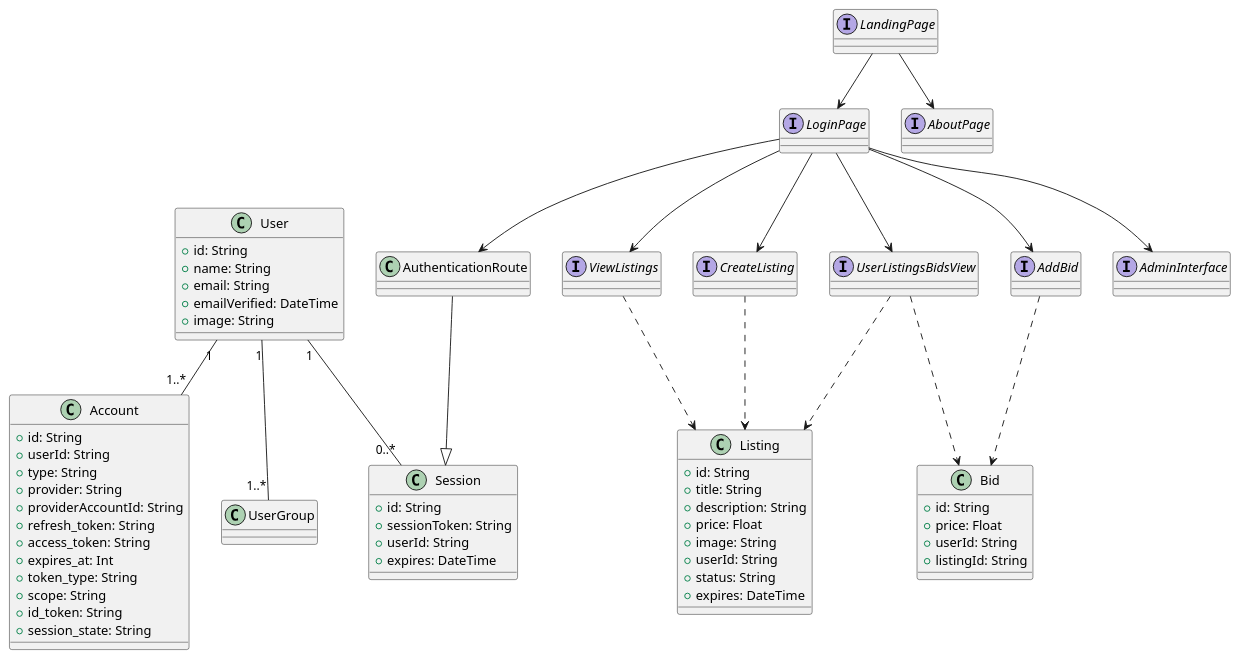
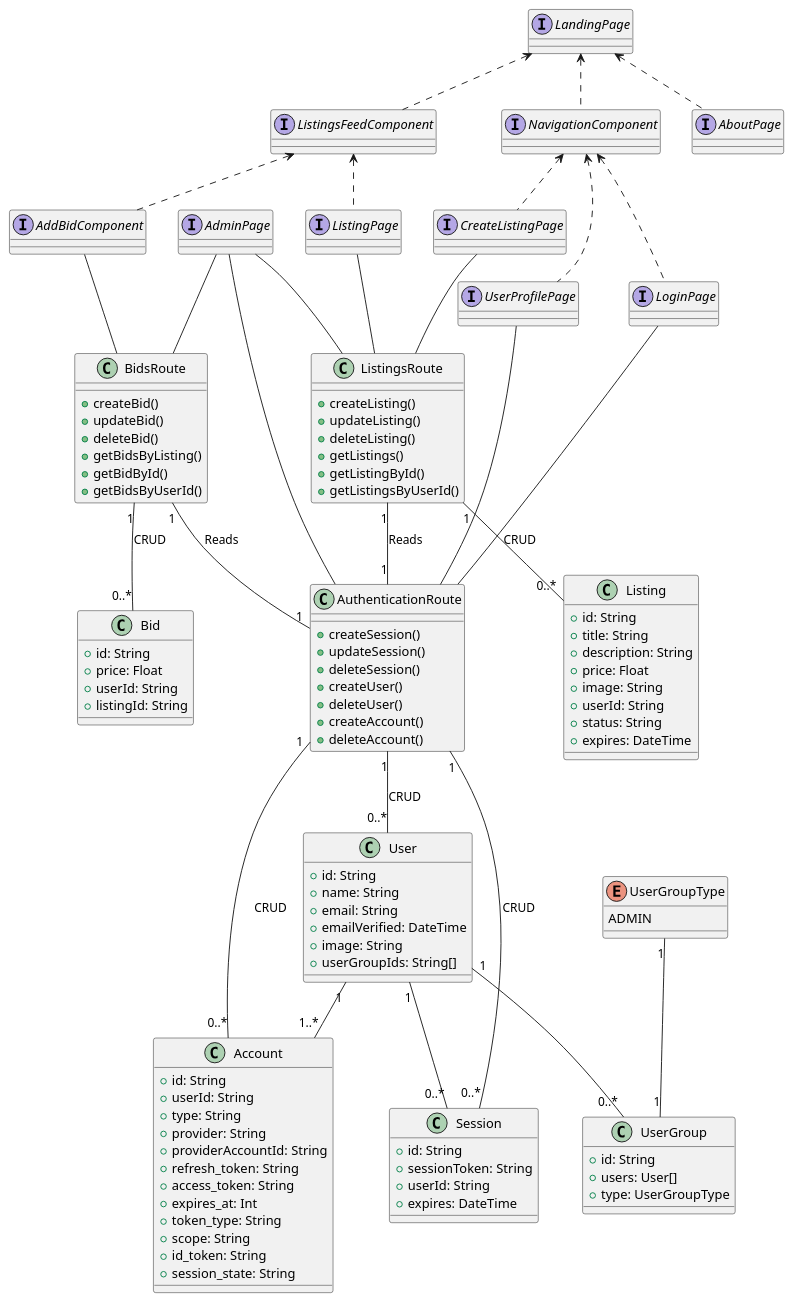
One commit to martinmiglio/CS471-Project changed the diagram in uml/class_diagram.puml. Above: the diagram before and after it, drawn with PlantUML.

Commit message:
add routes and update interfaces

```diff
--- a/uml/class_diagram.puml
+++ b/uml/class_diagram.puml
@@ -1,86 +1,148 @@
 @startuml ClassDiagram
 
 class Account {
   +id: String
   +userId: String
   +type: String
   +provider: String
   +providerAccountId: String
   +refresh_token: String
   +access_token: String
   +expires_at: Int
   +token_type: String
   +scope: String
   +id_token: String
   +session_state: String
 }
 
 class Session {
   +id: String
   +sessionToken: String
   +userId: String
   +expires: DateTime
 }
 
 class User {
   +id: String
   +name: String
   +email: String
   +emailVerified: DateTime
   +image: String
+  +userGroupIds: String[]
 }
 
 class Listing {
   +id: String
   +title: String
   +description: String
   +price: Float
   +image: String
   +userId: String
   +status: String
   +expires: DateTime
 }
 
 class Bid {
   +id: String
   +price: Float
   +userId: String
   +listingId: String
 }
+enum UserGroupType {
+  ADMIN
+}
+
+class UserGroup {
+  +id: String
+  +users: User[]
+  +type: UserGroupType
+}
+
+' associations between entities
+UserGroupType "1" -- "1" UserGroup
+User "1" -- "0..*" Session
+User "1" -- "1..*" Account
+User "1" -- "0..*" UserGroup
+
+
+
+class ListingsRoute {
+  +createListing()
+  +updateListing()
+  +deleteListing()
+  +getListings()
+  +getListingById()
+  +getListingsByUserId()
+}
+
+class AuthenticationRoute {
+  +createSession()
+  +updateSession()
+  +deleteSession()
+  +createUser()
+  +deleteUser()
+  +createAccount()
+  +deleteAccount()
+}
+
+class BidsRoute {
+  +createBid()
+  +updateBid()
+  +deleteBid()
+  +getBidsByListing()
+  +getBidById()
+  +getBidsByUserId()
+}
+
+' associations between routes and entities
+AuthenticationRoute "1" -- "0..*" Session : CRUD
+AuthenticationRoute "1" -- "0..*" User : CRUD
+AuthenticationRoute "1" -- "0..*" Account : CRUD
+
+ListingsRoute "1" -- "0..*" Listing : CRUD
+ListingsRoute "1" -- "1" AuthenticationRoute : Reads
+
+BidsRoute "1" -- "0..*" Bid : CRUD
+BidsRoute "1" -- "1" AuthenticationRoute : Reads
+
 
 interface LandingPage
 interface AboutPage
 interface LoginPage
-interface ViewListings
-interface AddBid
-interface CreateListing
-interface UserListingsBidsView
-interface AdminInterface
-
-' one to many association between user and sessions
-User "1" -- "0..*" Session
-User "1" -- "1..*" Account
-User "1" -- "1..*" UserGroup
+interface ListingPage
+interface CreateListingPage
+interface UserProfilePage
+interface AdminPage
+interface NavigationComponent
+interface ListingsFeedComponent
+interface AddBidComponent
 
 
-AuthenticationRoute --|> Session
+' dependency graph of pages and components
+LandingPage <.. AboutPage
+LandingPage <.. NavigationComponent
+LandingPage <.. ListingsFeedComponent
+
+NavigationComponent <.. LoginPage
+NavigationComponent <.. CreateListingPage
+NavigationComponent <.. UserProfilePage
+
+ListingsFeedComponent <.. AddBidComponent
+ListingsFeedComponent <.. ListingPage
 
 
-LandingPage --> AboutPage
-LandingPage --> LoginPage
-LoginPage --> AuthenticationRoute
-LoginPage --> ViewListings
-LoginPage --> AddBid
-LoginPage --> CreateListing
-LoginPage --> UserListingsBidsView
-LoginPage --> AdminInterface
+' these are the routes that the pages and components are connected to
+' these connections im unsure of how to represent
+LoginPage -- AuthenticationRoute
+ListingPage -- ListingsRoute
+CreateListingPage -- ListingsRoute
+UserProfilePage -- AuthenticationRoute
+AdminPage -- AuthenticationRoute
+AdminPage -- ListingsRoute
+AdminPage -- BidsRoute
+AddBidComponent -- BidsRoute
 
 
-' dependencies
-ViewListings ..> Listing
-AddBid ..> Bid
-CreateListing ..> Listing
-UserListingsBidsView ..> Listing
-UserListingsBidsView ..> Bid
+
 
 @enduml
```
